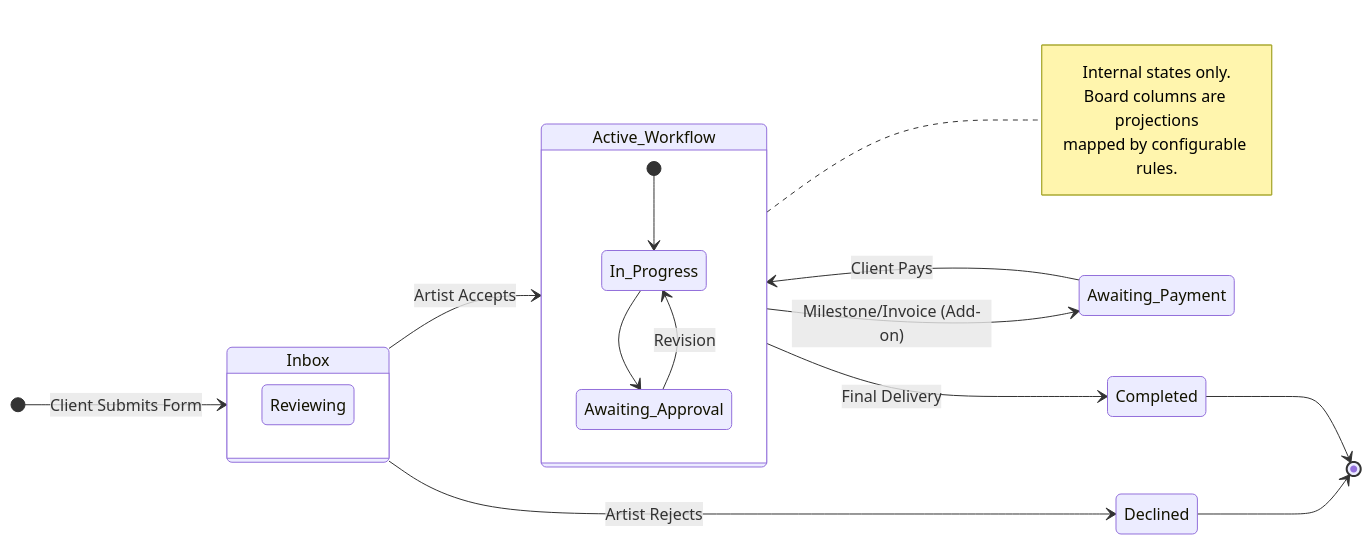
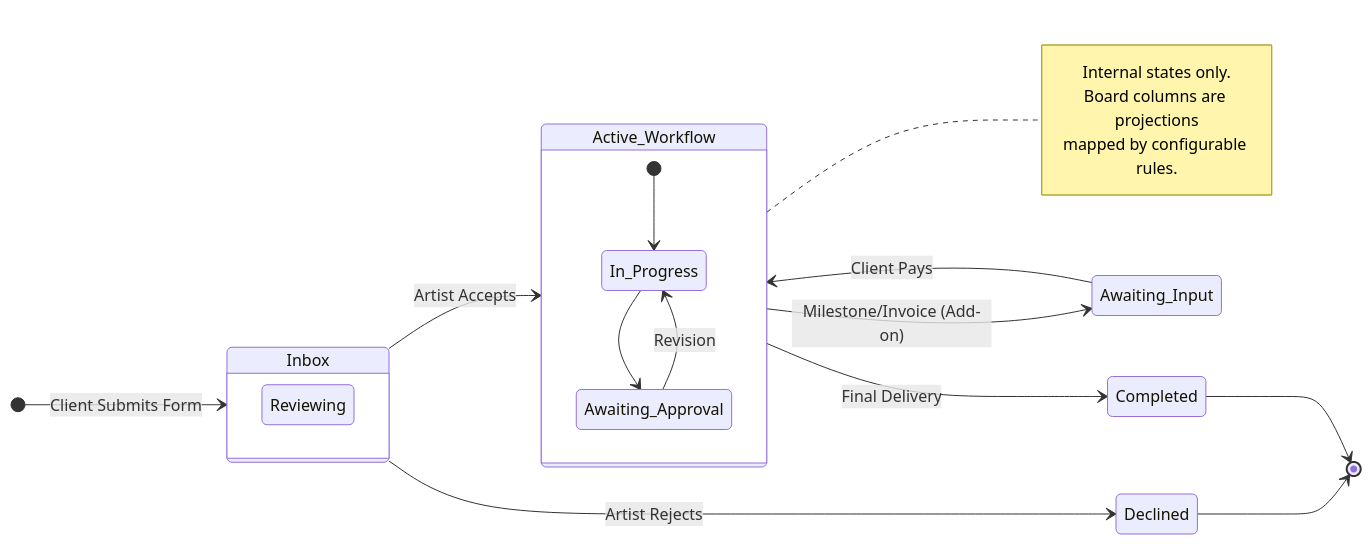
One commit to ProgrammingCheetah/ZurFur changed the first of 10 diagrams in design/design_document.md. Above: the diagram before and after it, drawn with Mermaid. The commit also changed other lines of this file and 7 other files, not shown here.

````diff
--- a/design/design_document.md
+++ b/design/design_document.md
@@ -86,32 +86,32 @@
 ```mermaid
 stateDiagram-v2
     direction LR
     [*] --> Inbox: Client Submits Form
 
     state Inbox {
         Reviewing
     }
 
     Inbox --> Declined: Artist Rejects
     Declined --> [*]
 
     Inbox --> Active_Workflow: Artist Accepts
 
     state Active_Workflow {
         [*] --> In_Progress
         In_Progress --> Awaiting_Approval
         Awaiting_Approval --> In_Progress: Revision
     }
 
-    Active_Workflow --> Awaiting_Payment: Milestone/Invoice (Add-on)
-    Awaiting_Payment --> Active_Workflow: Client Pays
+    Active_Workflow --> Awaiting_Input: Milestone/Invoice (Add-on)
+    Awaiting_Input --> Active_Workflow: Client Pays
 
     Active_Workflow --> Completed: Final Delivery
     Completed --> [*]
 
     note right of Active_Workflow
         Internal states only.
         Board columns are projections
         mapped by configurable rules.
     end note
 ```
````
